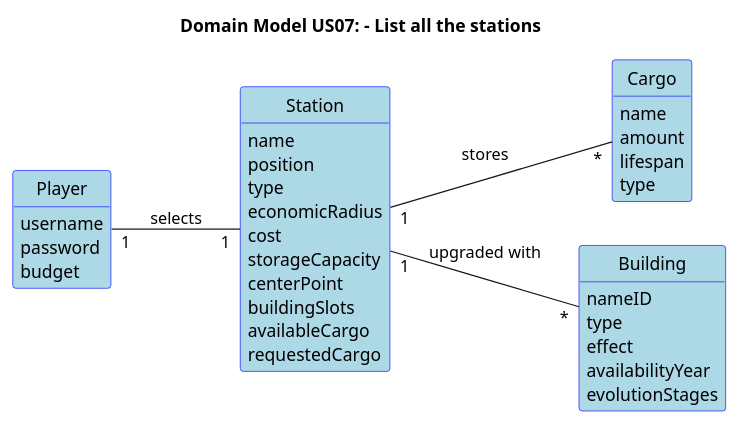
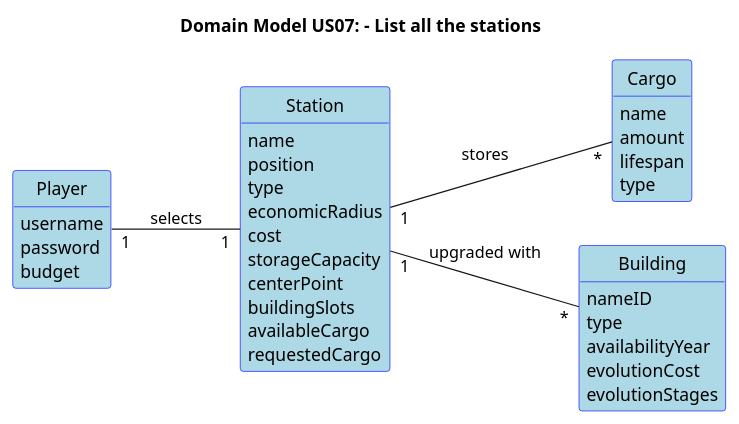
Before and after one commit to HenriqueSilva18/Railway-Network-Simulator: the diagram in docs/system-documentation/Sprint 1/US07/02.analysis/puml/US007-DM.puml, drawn with PlantUML. The commit also changed 1 other file, not shown here.

```diff
--- a/docs/system-documentation/Sprint 1/US07/02.analysis/puml/US007-DM.puml
+++ b/docs/system-documentation/Sprint 1/US07/02.analysis/puml/US007-DM.puml
@@ -1,58 +1,58 @@
 @startuml
 
 skinparam packageStyle rectangle
  skinparam shadowing false
  skinparam classAttributeIconSize 0
  skinparam class {
    BackgroundColor LightBlue
    BorderColor Blue
  }
 
  left to right direction
 
  skinparam classAttributeIconSize 0
 
  hide circle
  hide methods
 
 title Domain Model US07: - List all the stations
 
 class Player {
     username
     password
     budget
   }
 
 class Station {
     name
     position
     type
     economicRadius
     cost
     storageCapacity
     centerPoint
     buildingSlots
     availableCargo
     requestedCargo
   }
 
 class Cargo {
    name
    amount
    lifespan
    type
   }
 
 class Building {
     nameID
     type
-    effect
     availabilityYear
+    evolutionCost
     evolutionStages
   }
 
 
 Player "1" -- "1" Station : selects
 Station "1" -- "*" Cargo : stores
 Station "1" -- "*" Building : upgraded with
 @enduml
```
